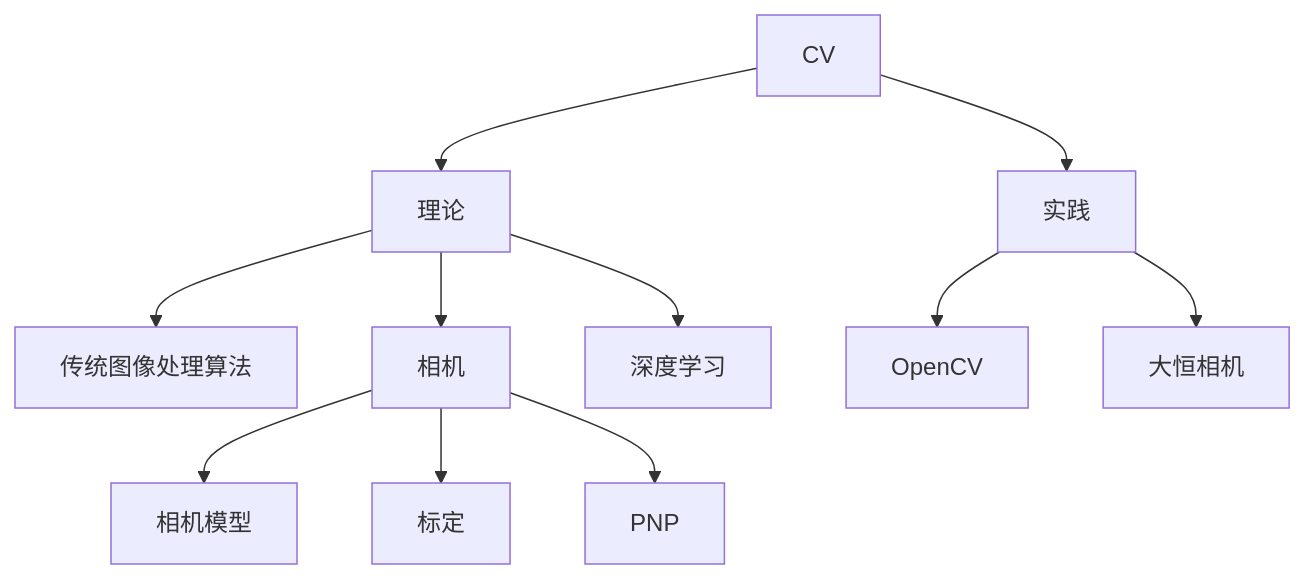
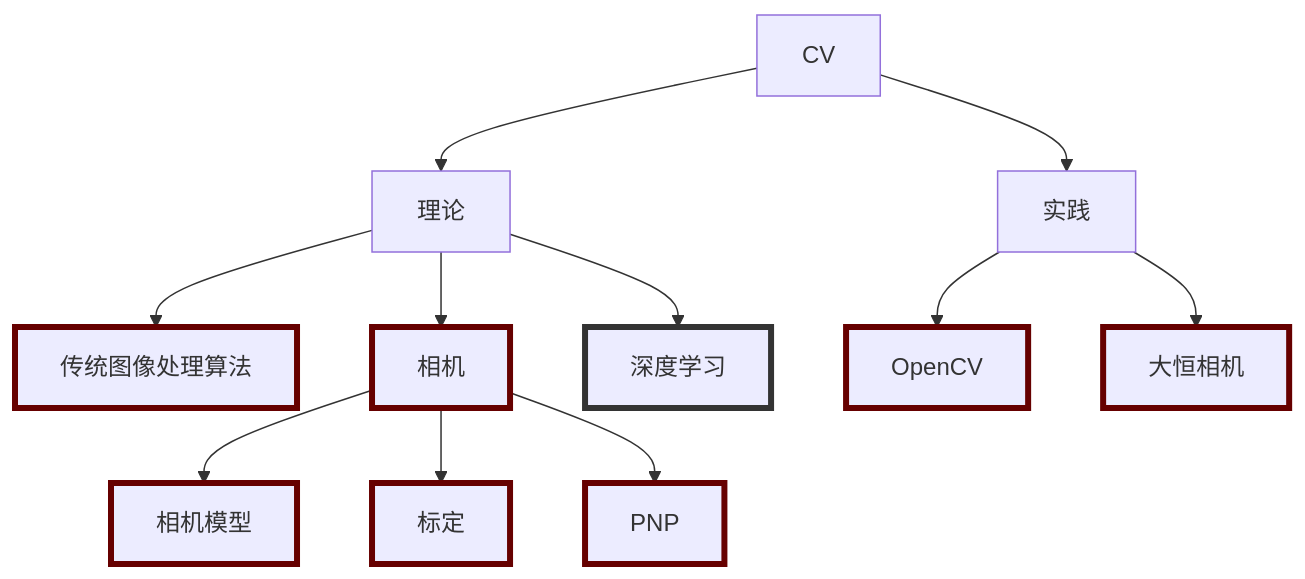
The fifth of 5 diagrams in README.md (IRobot-Algorithm/GUIDE), drawn with Mermaid before and after one commit. The commit also changed other lines of this file, not shown here.

````diff
--- a/README.md
+++ b/README.md
@@ -88,13 +146,24 @@
 ```mermaid
 graph TD;
     A[CV] --> B[理论];
     A --> C[实践];
     B --> D[传统图像处理算法];
     B --> E[相机];
     E --> F[相机模型];
     E --> G[标定];
     E --> H[PNP];
     C --> I[OpenCV];
     C --> J[大恒相机];
     B --> K[深度学习];
+
+style D stroke:#600,stroke-width:4px
+style E stroke:#600,stroke-width:4px
+style F stroke:#600,stroke-width:4px
+style G stroke:#600,stroke-width:4px
+style H stroke:#600,stroke-width:4px
+style I stroke:#600,stroke-width:4px
+style J stroke:#600,stroke-width:4px
+
+style K stroke:#333,stroke-width:4px
+
 ```
````
